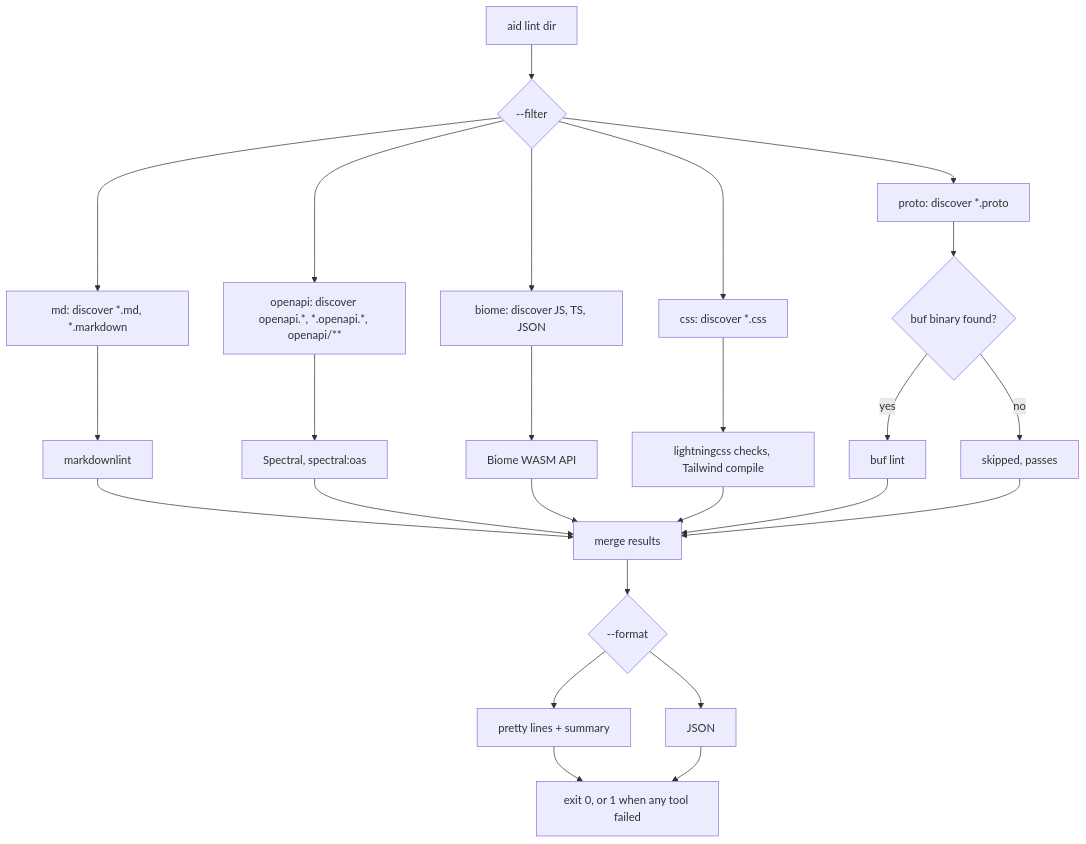
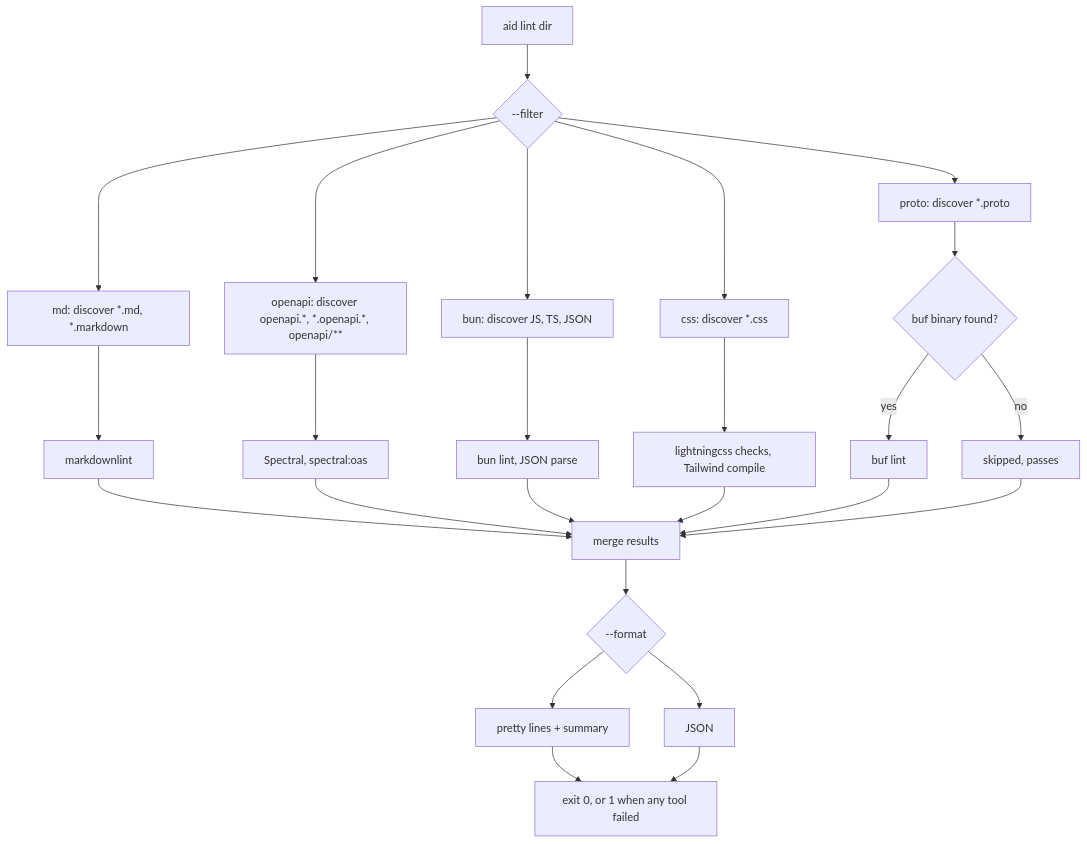
Before and after one commit to Shikachuu/aid: the diagram in site/docs/linting/index.md, drawn with Mermaid. The commit also changed other lines of this file and 57 other files, not shown here.

First line of the commit message:
feat: replace biome with bun lint and bun fmt

````diff
--- a/site/docs/linting/index.md
+++ b/site/docs/linting/index.md
@@ -60,27 +60,27 @@
 ```mermaid
 flowchart TD
   A["aid lint dir"] --> F{"--filter"}
   F --> MD["md: discover *.md, *.markdown"]
   F --> OA["openapi: discover openapi.*, *.openapi.*, openapi/**"]
-  F --> BI["biome: discover JS, TS, JSON"]
+  F --> BI["bun: discover JS, TS, JSON"]
   F --> CS["css: discover *.css"]
   F --> PR["proto: discover *.proto"]
   MD --> MDL["markdownlint"]
   OA --> SP["Spectral, spectral:oas"]
-  BI --> BW["Biome WASM API"]
+  BI --> BW["bun lint, JSON parse"]
   CS --> LC["lightningcss checks, Tailwind compile"]
   PR --> BUF{"buf binary found?"}
   BUF -- yes --> BL["buf lint"]
   BUF -- no --> SK["skipped, passes"]
   MDL --> R["merge results"]
   SP --> R
   BW --> R
   LC --> R
   BL --> R
   SK --> R
   R --> O{"--format"}
   O --> PP["pretty lines + summary"]
   O --> JS["JSON"]
   PP --> X["exit 0, or 1 when any tool failed"]
   JS --> X
 ```
````
